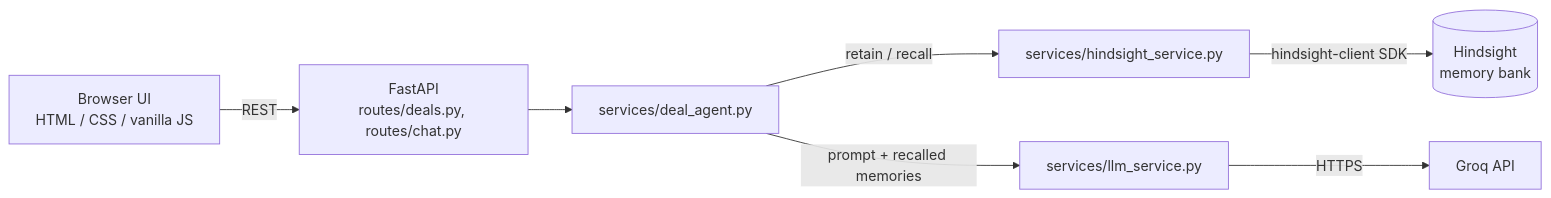
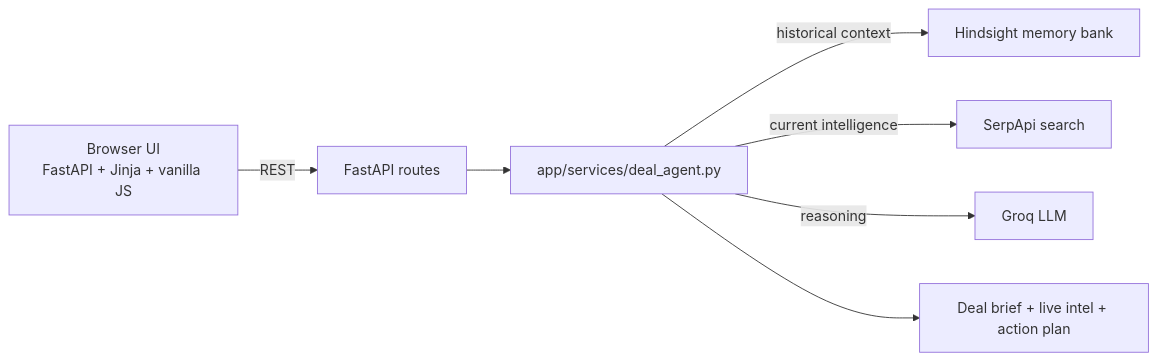
One commit to gubbashruthika/DealPilot-Intelligence changed the diagram in README.md. Above: the diagram before and after it, drawn with Mermaid. The commit also changed other lines of this file and 13 other files, not shown here.

Commit message:
Finalize DealPilot real-time deal intelligence

````diff
--- a/README.md
+++ b/README.md
@@ -17,9 +27,9 @@
 ```mermaid
 flowchart LR
-    UI["Browser UI<br/>HTML / CSS / vanilla JS"] -->|REST| API["FastAPI<br/>routes/deals.py, routes/chat.py"]
-    API --> Agent["services/deal_agent.py"]
-    Agent -->|retain / recall| HS["services/hindsight_service.py"]
-    Agent -->|prompt + recalled memories| LLM["services/llm_service.py"]
-    HS -->|hindsight-client SDK| H[("Hindsight<br/>memory bank")]
-    LLM -->|HTTPS| G["Groq API"]
+    UI["Browser UI<br/>FastAPI + Jinja + vanilla JS"] -->|REST| API["FastAPI routes"]
+    API --> Agent["app/services/deal_agent.py"]
+    Agent -->|historical context| HS["Hindsight memory bank"]
+    Agent -->|current intelligence| SERP["SerpApi search"]
+    Agent -->|reasoning| GROQ["Groq LLM"]
+    Agent --> Output["Deal brief + live intel + action plan"]
 ```
````
